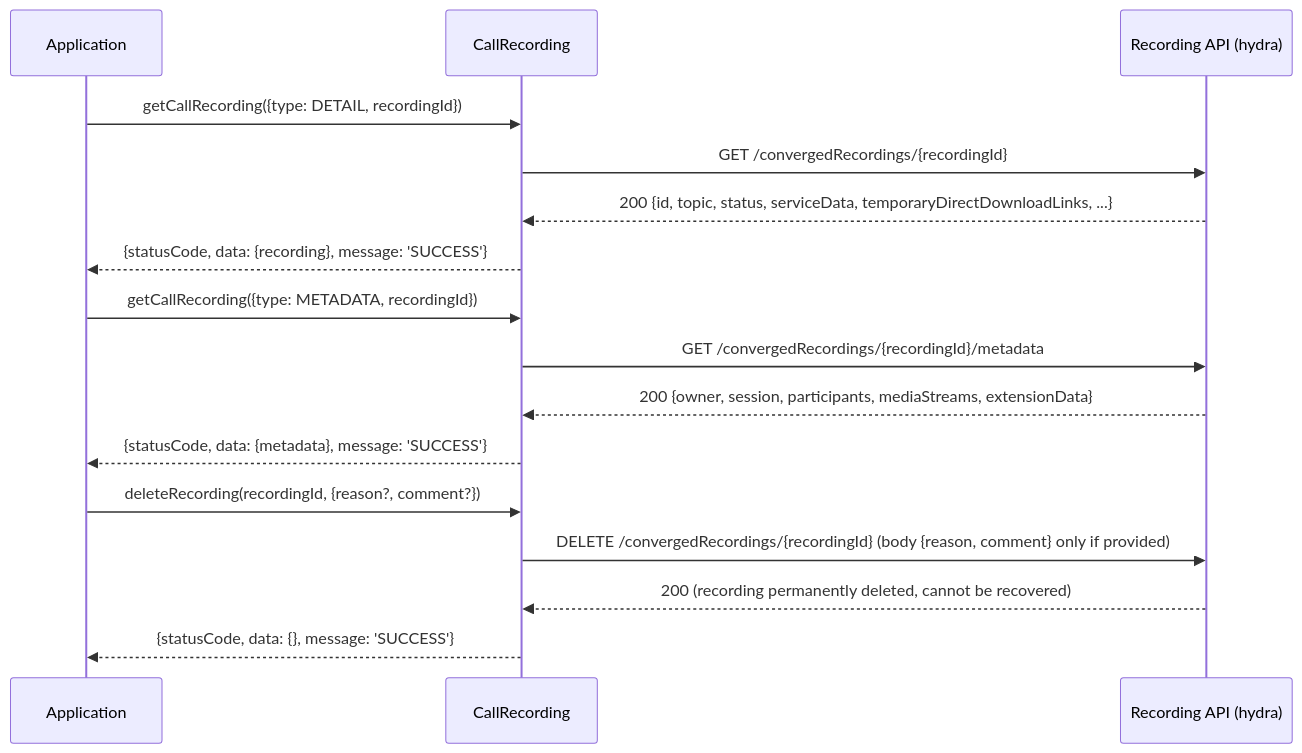
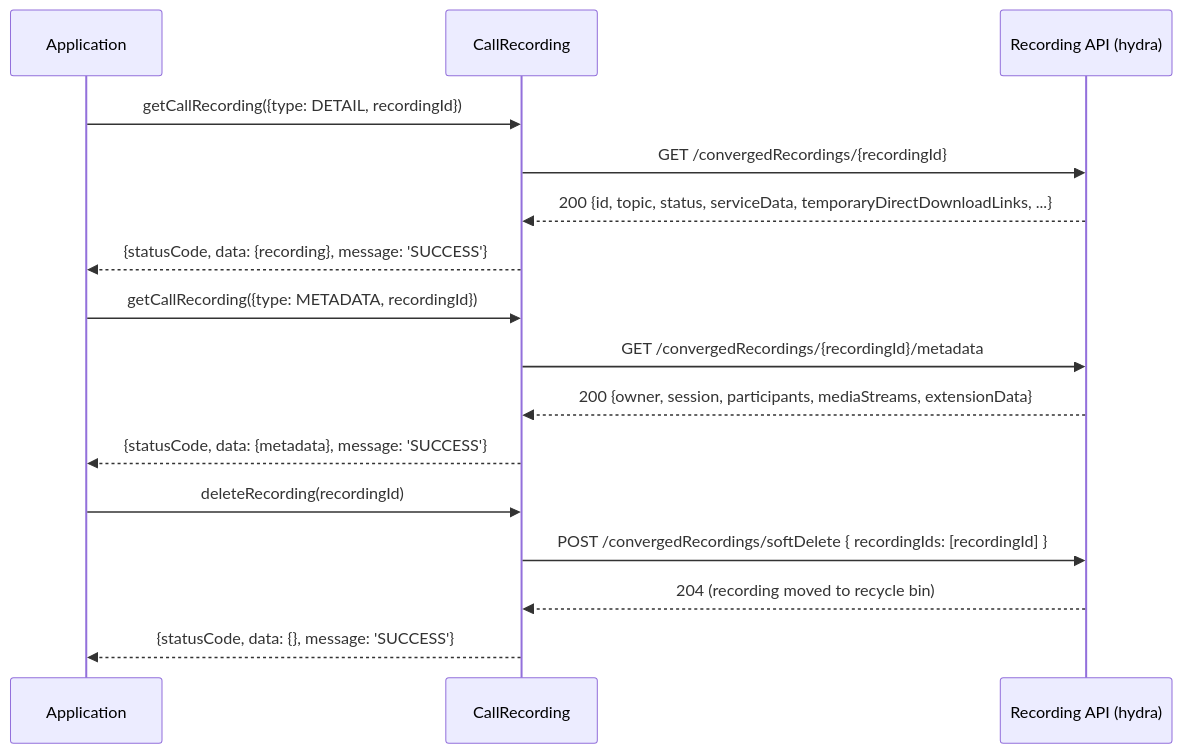
One commit to webex/webex-js-sdk changed the fourth of 6 diagrams in packages/calling/src/CallRecording/ai-docs/ARCHITECTURE.md. Above: the diagram before and after it, drawn with Mermaid. The commit also changed other lines of this file and 6 other files, not shown here.

Commit message:
fix(calling): deleteRecording uses soft delete (recycle bin) (#5086)

````diff
--- a/packages/calling/src/CallRecording/ai-docs/ARCHITECTURE.md
+++ b/packages/calling/src/CallRecording/ai-docs/ARCHITECTURE.md
@@ -151,21 +151,21 @@
 ```mermaid
 sequenceDiagram
     participant App as Application
     participant CR as CallRecording
     participant WxApp as Recording API (hydra)
 
     App->>CR: getCallRecording({type: DETAIL, recordingId})
     CR->>WxApp: GET /convergedRecordings/{recordingId}
     WxApp-->>CR: 200 {id, topic, status, serviceData, temporaryDirectDownloadLinks, ...}
     CR-->>App: {statusCode, data: {recording}, message: 'SUCCESS'}
 
     App->>CR: getCallRecording({type: METADATA, recordingId})
     CR->>WxApp: GET /convergedRecordings/{recordingId}/metadata
     WxApp-->>CR: 200 {owner, session, participants, mediaStreams, extensionData}
     CR-->>App: {statusCode, data: {metadata}, message: 'SUCCESS'}
 
-    App->>CR: deleteRecording(recordingId, {reason?, comment?})
-    CR->>WxApp: DELETE /convergedRecordings/{recordingId} (body {reason, comment} only if provided)
-    WxApp-->>CR: 200 (recording permanently deleted, cannot be recovered)
+    App->>CR: deleteRecording(recordingId)
+    CR->>WxApp: POST /convergedRecordings/softDelete { recordingIds: [recordingId] }
+    WxApp-->>CR: 204 (recording moved to recycle bin)
     CR-->>App: {statusCode, data: {}, message: 'SUCCESS'}
 ```
````
